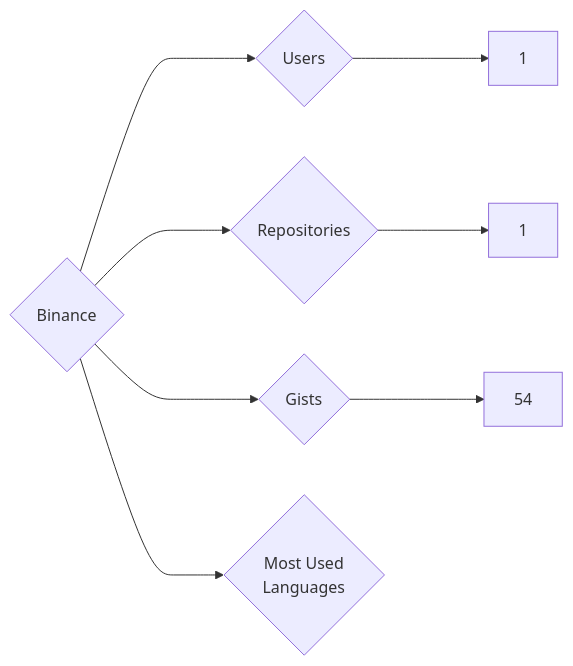
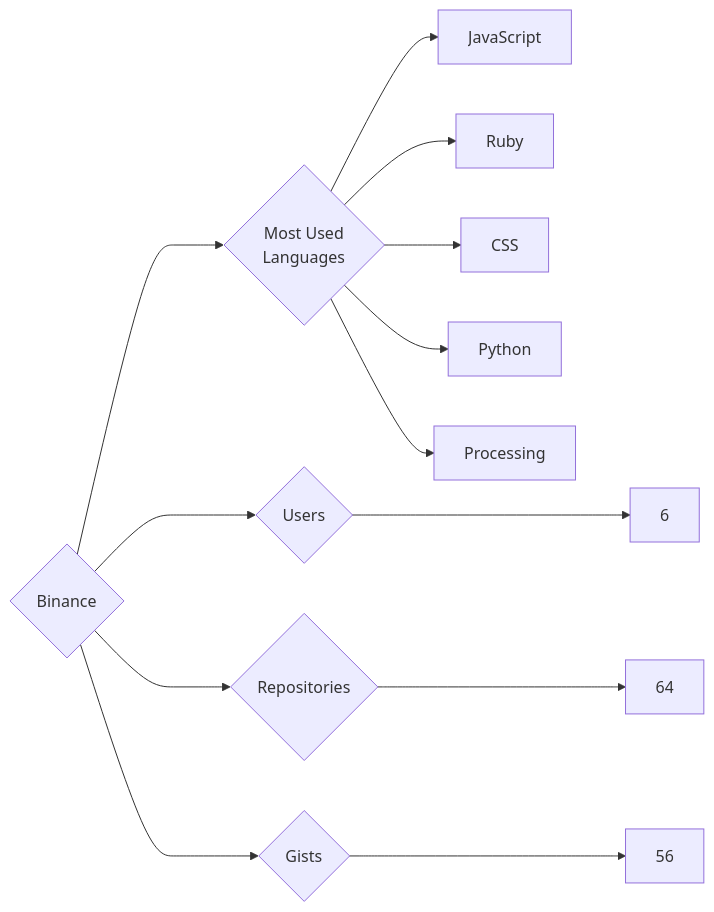
One commit to trickest/insiders changed the diagram in targets/Binance/README.md. Above: the diagram before and after it, drawn with Mermaid. The commit also changed 985 other files, not shown here.

````diff
--- a/targets/Binance/README.md
+++ b/targets/Binance/README.md
@@ -3,8 +3,13 @@
 ```mermaid
 graph LR
 COMPANY_NAME{Binance}
-COMPANY_NAME ---> U{Users} ---> UN[1]
-COMPANY_NAME ---> R{Repositories} ---> RN[1]
-COMPANY_NAME ---> G{Gists} ---> GN[54]
+COMPANY_NAME ---> U{Users} ---> UN[6]
+COMPANY_NAME ---> R{Repositories} ---> RN[64]
+COMPANY_NAME ---> G{Gists} ---> GN[56]
 COMPANY_NAME ---> ML{Most Used<br>Languages}
+ML --> JavaScript[JavaScript]
+ML --> Ruby[Ruby]
+ML --> CSS[CSS]
+ML --> Python[Python]
+ML --> Processing[Processing]
 ```
````
